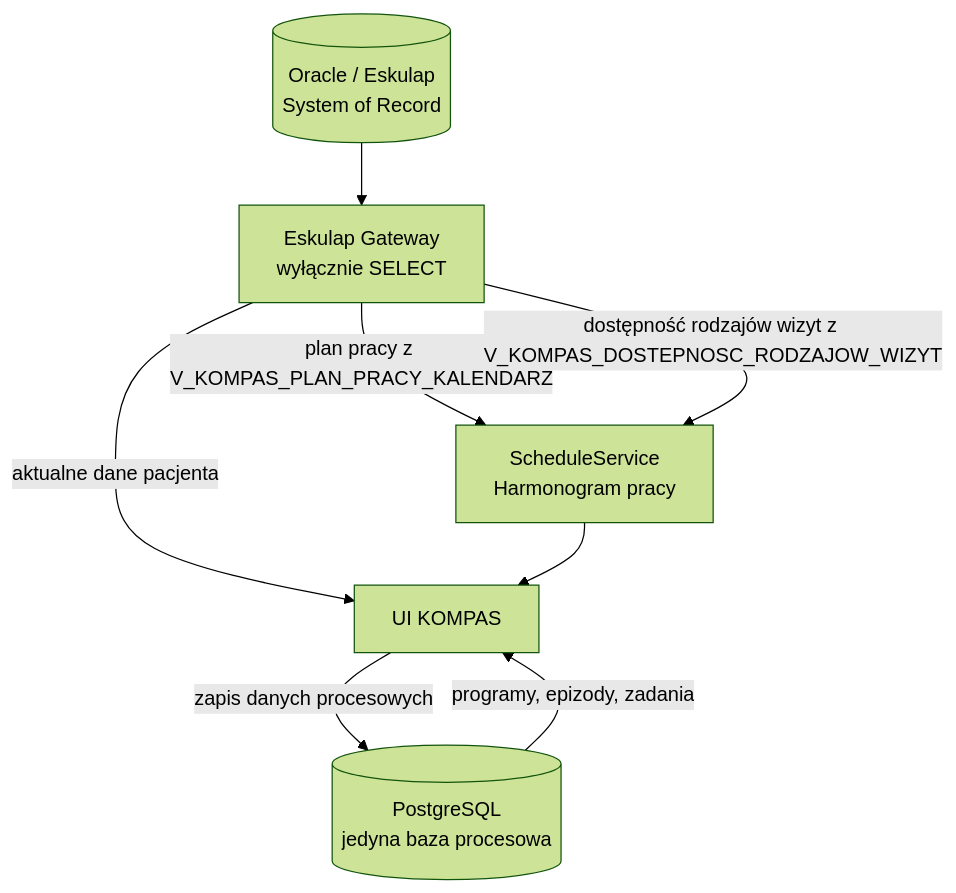
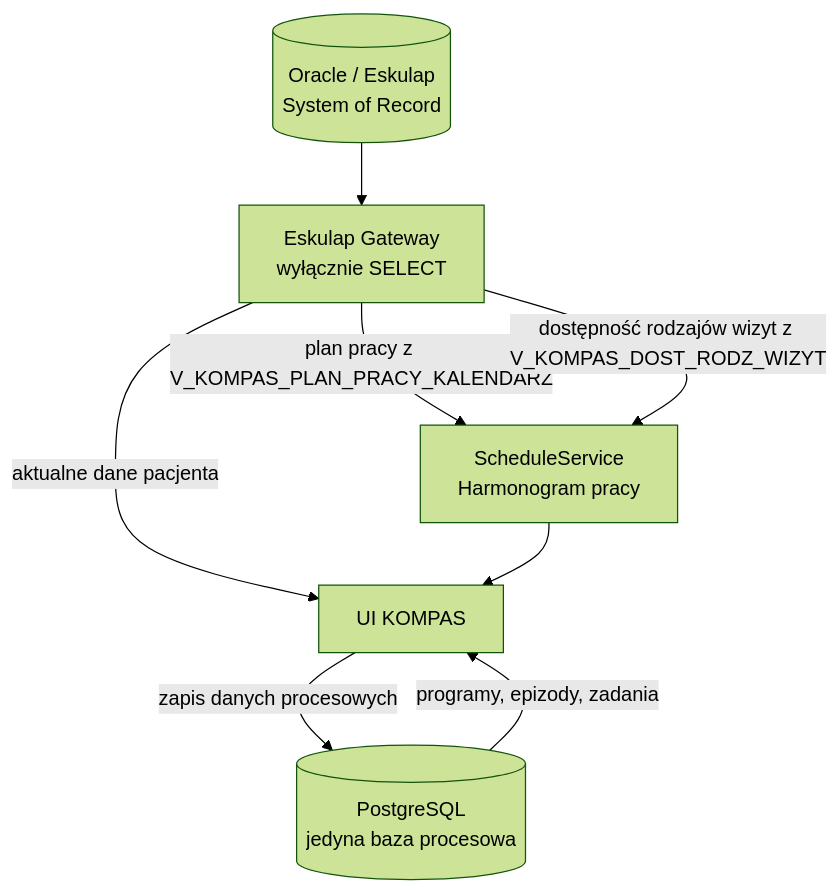
Before and after one commit to psychlodz/panel-koordynatora: the diagram in docs/DATABASE_ARCHITECTURE.md, drawn with Mermaid (forest theme). The commit also changed other lines of this file and 7 other files, not shown here.

````diff
--- a/docs/DATABASE_ARCHITECTURE.md
+++ b/docs/DATABASE_ARCHITECTURE.md
@@ -105,16 +105,16 @@
 ```mermaid
 flowchart TB
     O[("Oracle / Eskulap\nSystem of Record")]
     G["Eskulap Gateway\nwyłącznie SELECT"]
     UI["UI KOMPAS"]
     P[("PostgreSQL\njedyna baza procesowa")]
     S["ScheduleService\nHarmonogram pracy"]
 
     O --> G
     G -->|"aktualne dane pacjenta"| UI
     G -->|"plan pracy z V_KOMPAS_PLAN_PRACY_KALENDARZ"| S
-    G -->|"dostępność rodzajów wizyt z V_KOMPAS_DOSTEPNOSC_RODZAJOW_WIZYT"| S
+    G -->|"dostępność rodzajów wizyt z V_KOMPAS_DOST_RODZ_WIZYT"| S
     S --> UI
     P -->|"programy, epizody, zadania"| UI
     UI -->|"zapis danych procesowych"| P
 ```
````
